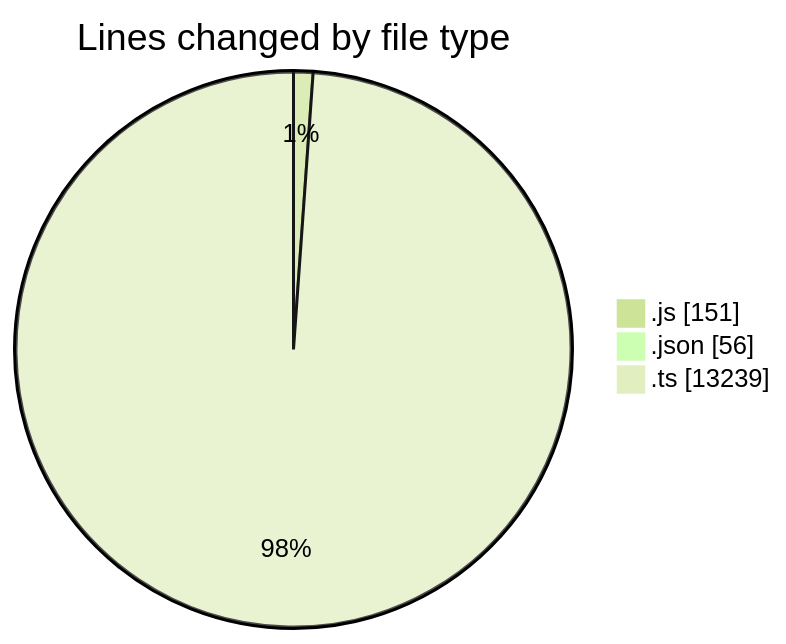
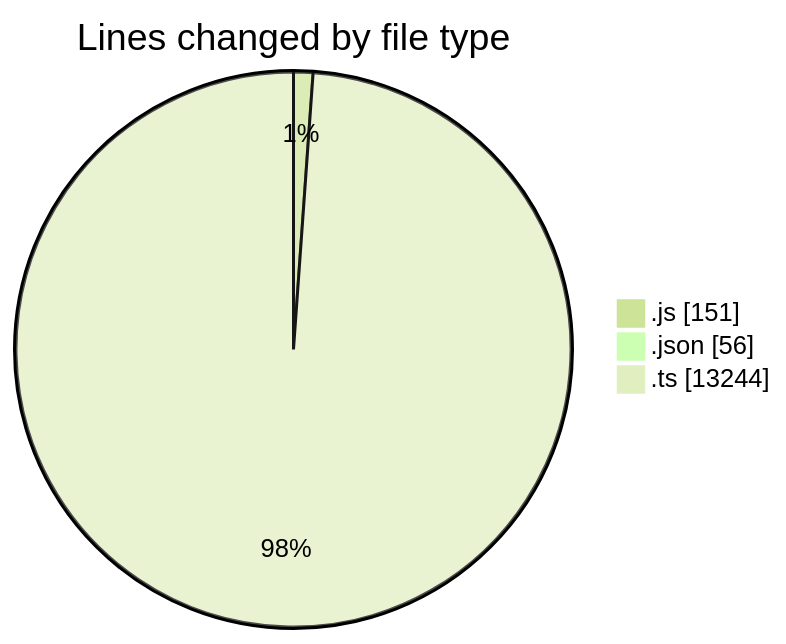
Before and after one commit to momahboobian/code-tracking: the first of 2 diagrams in 2025-09-04/cda/README.md, drawn with Mermaid (forest theme). The commit also changed other lines of this file and 1 other file, not shown here.

````diff
--- a/2025-09-04/cda/README.md
+++ b/2025-09-04/cda/README.md
@@ -30,7 +30,7 @@
 ```mermaid
 pie showData
 title Lines changed by file type
 ".js" : 151
 ".json" : 56
-".ts" : 13239
+".ts" : 13244
 ```
````
